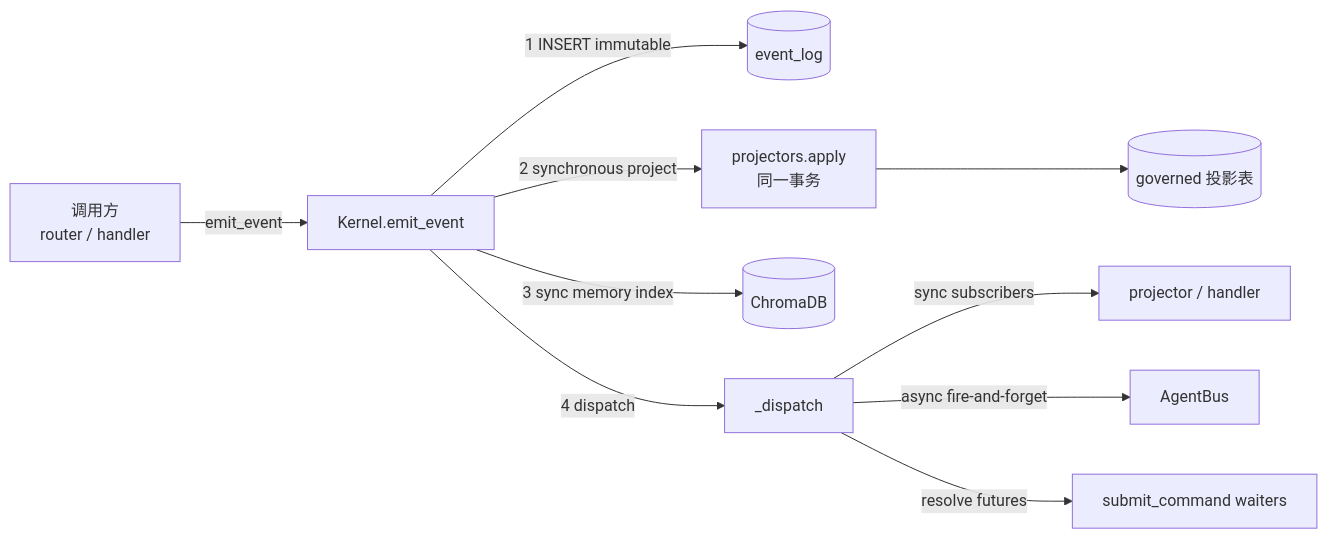
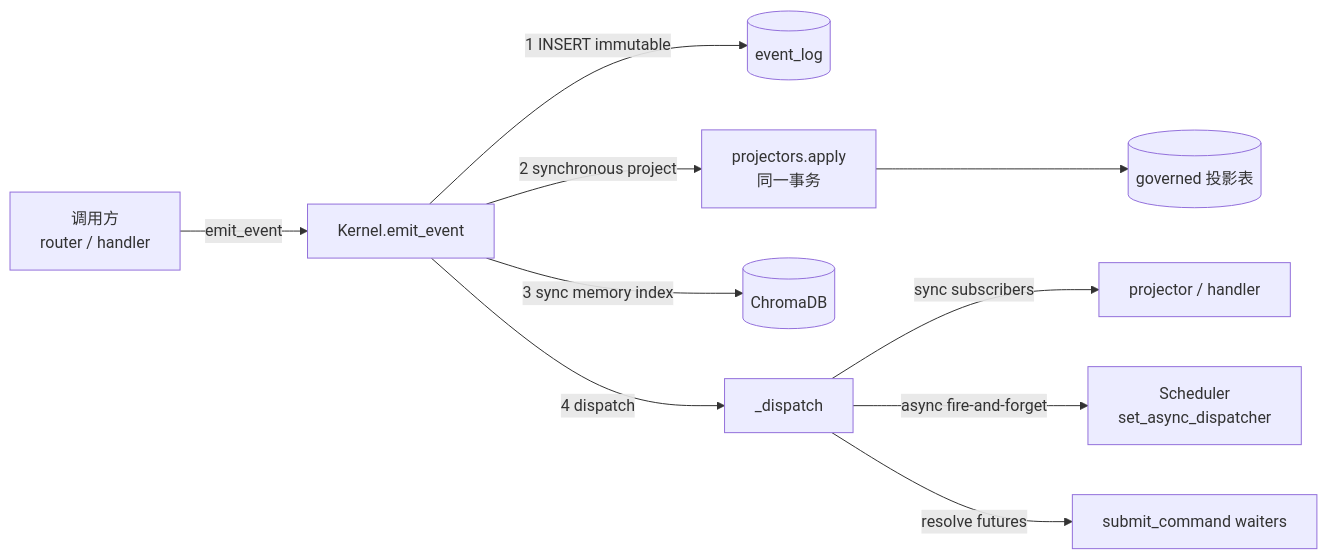
The third of 4 diagrams in docs/01-overview/architecture.md (yyyyyyyy/personal-ai-runtime), drawn with Mermaid before and after one commit. The commit also changed other lines of this file and 3 other files, not shown here.

````diff
--- a/docs/01-overview/architecture.md
+++ b/docs/01-overview/architecture.md
@@ -86,12 +86,12 @@
 ```mermaid
 flowchart LR
     Caller[调用方<br/>router / handler] -->|emit_event| E["Kernel.emit_event"]
     E -->|1 INSERT immutable| L[(event_log)]
     E -->|2 synchronous project| P["projectors.apply<br/>同一事务"]
     P --> S[(governed 投影表)]
     E -->|3 sync memory index| C[(ChromaDB)]
     E -->|4 dispatch| D[_dispatch]
     D -->|sync subscribers| Sub[projector / handler]
-    D -->|async fire-and-forget| Bus[AgentBus]
+    D -->|async fire-and-forget| SchDisp[Scheduler<br/>set_async_dispatcher]
     D -->|resolve futures| Fut[submit_command waiters]
 ```
````
